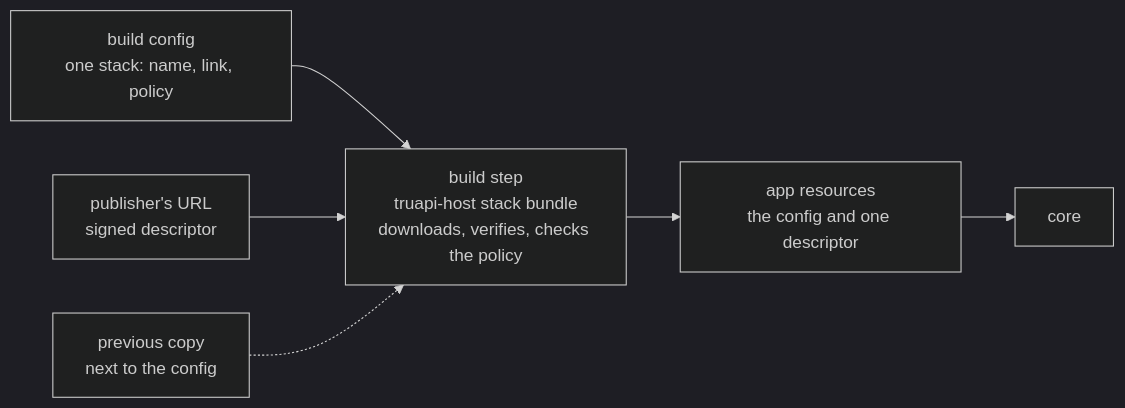
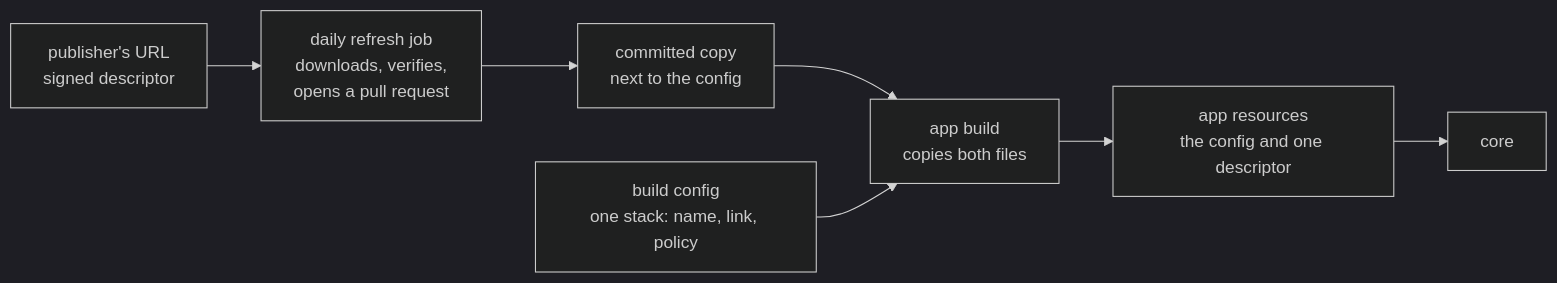
One commit to paritytech/trinity-user-agents changed the second of 2 diagrams in docs/design/trinity-stack-build-config.md. Above: the diagram before and after it, drawn with Mermaid (dark theme). The commit also changed other lines of this file, not shown here.

Commit message:
docs(design): bundle the committed descriptor copy and leave downloading to the refresh

````diff
--- a/docs/design/trinity-stack-build-config.md
+++ b/docs/design/trinity-stack-build-config.md
@@ -48,13 +51,13 @@
 ```mermaid
 flowchart LR
+  URL["publisher's URL<br/>signed descriptor"]
+  R["daily refresh job<br/>downloads, verifies,<br/>opens a pull request"]
+  C["committed copy<br/>next to the config"]
   CFG["build config<br/>one stack: name, link, policy"]
-  URL["publisher's URL<br/>signed descriptor"]
-  PREV["previous copy<br/>next to the config"]
-  B["build step<br/>truapi-host stack bundle<br/>downloads, verifies, checks the policy"]
+  B["app build<br/>copies both files"]
   A["app resources<br/>the config and one descriptor"]
   K["core"]
+  URL --> R --> C --> B
   CFG --> B
-  URL --> B
-  PREV -.-> B
   B --> A --> K
 ```
````
